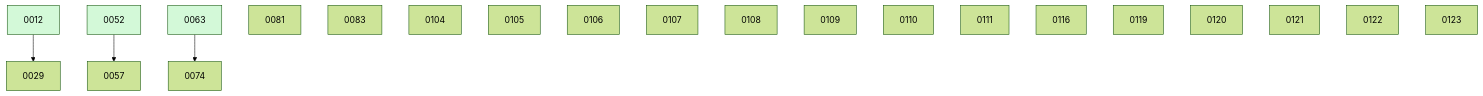
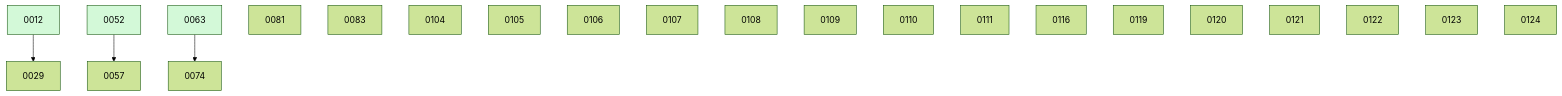
The diagram in docs/changes/BOARD.md (ethanhinson/fuse), drawn with Mermaid (forest theme) before and after one commit. The commit also changed other lines of this file and 1 other file, not shown here.

````diff
--- a/docs/changes/BOARD.md
+++ b/docs/changes/BOARD.md
@@ -44,26 +45,27 @@
 ```mermaid
 graph TD
   0012 --> 0029
   0052 --> 0057
   0063 --> 0074
   0081
   0083
   0104
   0105
   0106
   0107
   0108
   0109
   0110
   0111
   0116
   0119
   0120
   0121
   0122
   0123
+  0124
   0012:::done
   0052:::done
   0063:::done
   classDef done fill:#d3f9d8;
 ```
````
